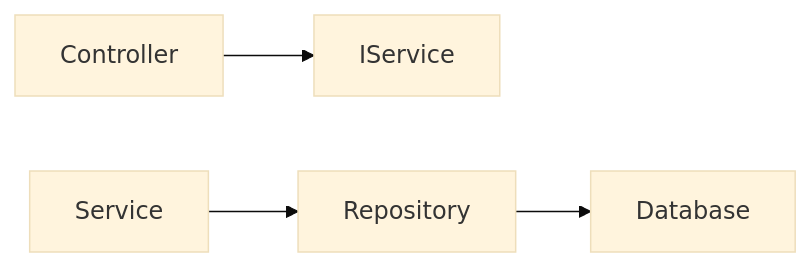
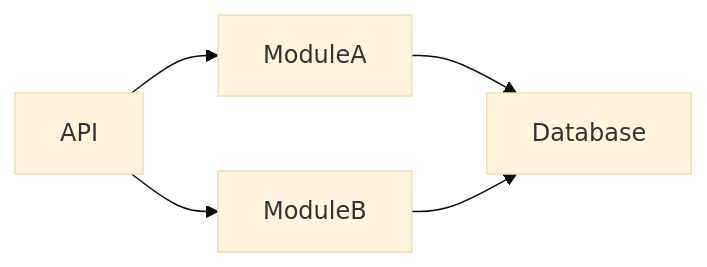
The diagram in Daily Knowledge Sharing/2026-08-17-2230.md (hakodev2k/Daily-OpenAI), drawn with Mermaid (base theme) before and after one commit. The commit also changed other lines of this file, not shown here.

````diff
--- a/Daily Knowledge Sharing/2026-08-17-2230.md
+++ b/Daily Knowledge Sharing/2026-08-17-2230.md
@@ -63,6 +30,7 @@
 ```mermaid
 flowchart LR
-Controller --> IService
-Service --> Repository
-Repository --> Database
+API --> ModuleA
+API --> ModuleB
+ModuleA --> Database
+ModuleB --> Database
 ```
````
